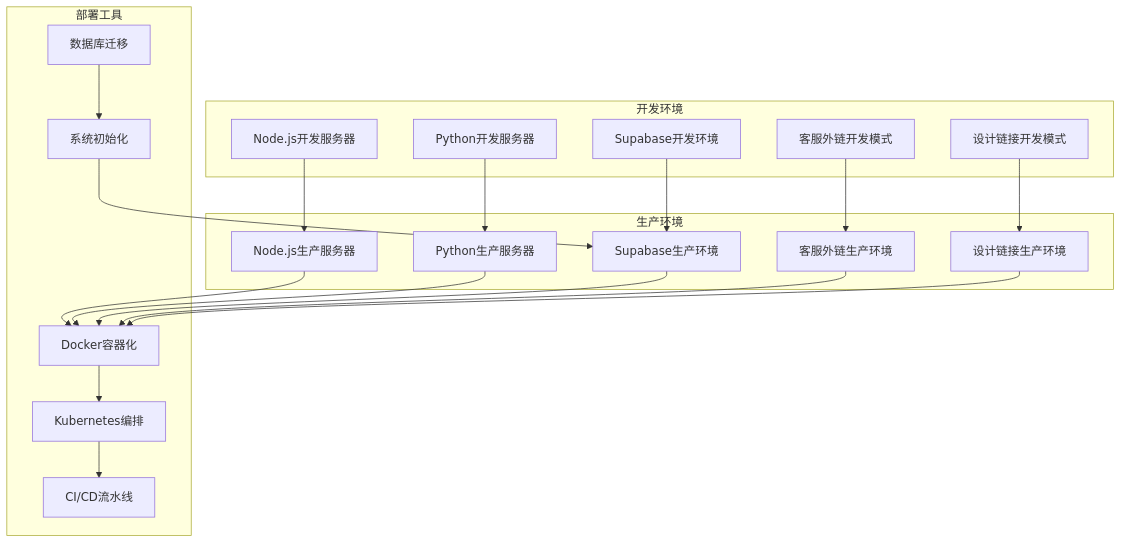
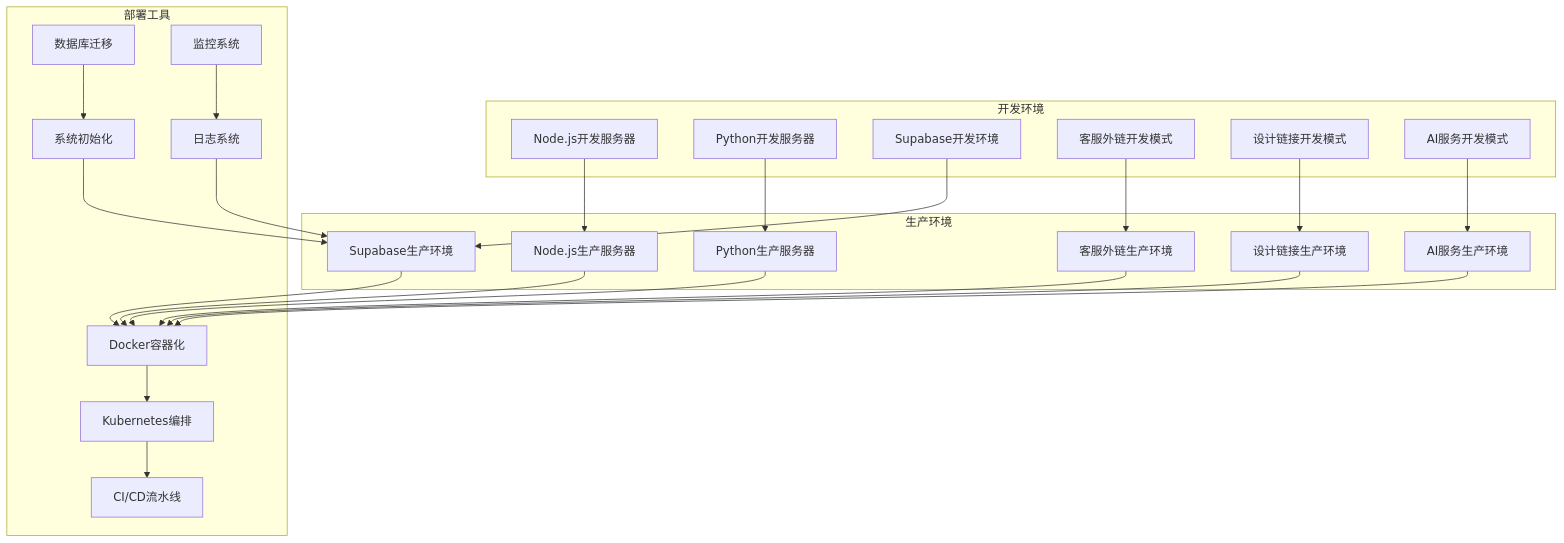
Diagram 19 of 19 in .qoder/repowiki/zh/content/项目概述.md (SY6621/POD-Order-Management), drawn with Mermaid before and after one commit. The commit also changed other lines of this file and 8 other files, not shown here.

````diff
--- a/.qoder/repowiki/zh/content/项目概述.md
+++ b/.qoder/repowiki/zh/content/项目概述.md
@@ -891,38 +1165,46 @@
 ```mermaid
 graph TB
 subgraph "开发环境"
 NodeDev[Node.js开发服务器]
 PythonDev[Python开发服务器]
 SupabaseDev[Supabase开发环境]
 ServiceLinkDev[客服外链开发模式]
 DesignLinkDev[设计链接开发模式]
+AIDev[AI服务开发模式]
 end
 subgraph "生产环境"
 NodeProd[Node.js生产服务器]
 PythonProd[Python生产服务器]
 SupabaseProd[Supabase生产环境]
 ServiceLinkProd[客服外链生产环境]
 DesignLinkProd[设计链接生产环境]
+AIProd[AI服务生产环境]
 end
 subgraph "部署工具"
 Docker[Docker容器化]
 Kubernetes[Kubernetes编排]
 CI_CD[CI/CD流水线]
 Migration[数据库迁移]
 Init[系统初始化]
+Monitoring[监控系统]
+Logging[日志系统]
 end
 NodeDev --> NodeProd
 PythonDev --> PythonProd
 SupabaseDev --> SupabaseProd
 ServiceLinkDev --> ServiceLinkProd
 DesignLinkDev --> DesignLinkProd
+AIDev --> AIProd
 NodeProd --> Docker
 PythonProd --> Docker
 SupabaseProd --> Docker
 ServiceLinkProd --> Docker
 DesignLinkProd --> Docker
+AIProd --> Docker
 Docker --> Kubernetes
 Kubernetes --> CI_CD
 Migration --> Init
 Init --> SupabaseProd
+Monitoring --> Logging
+Logging --> SupabaseProd
 ```
````
